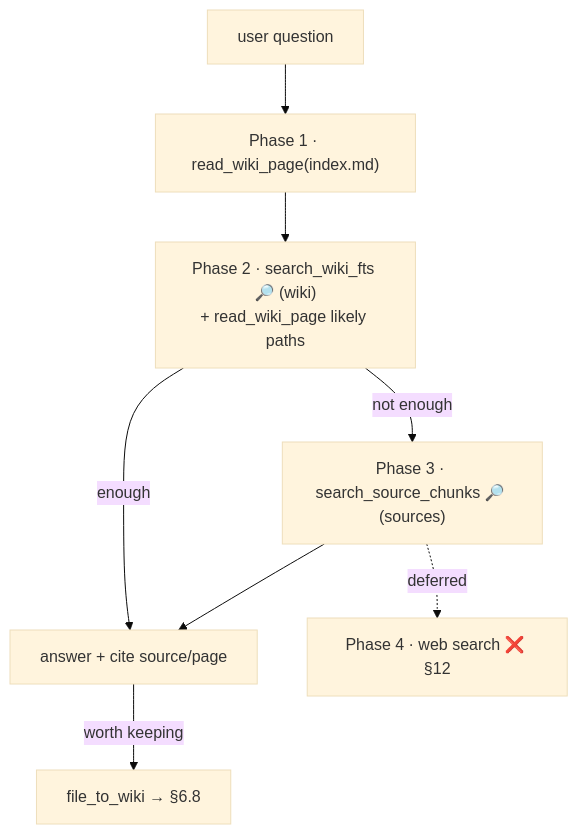
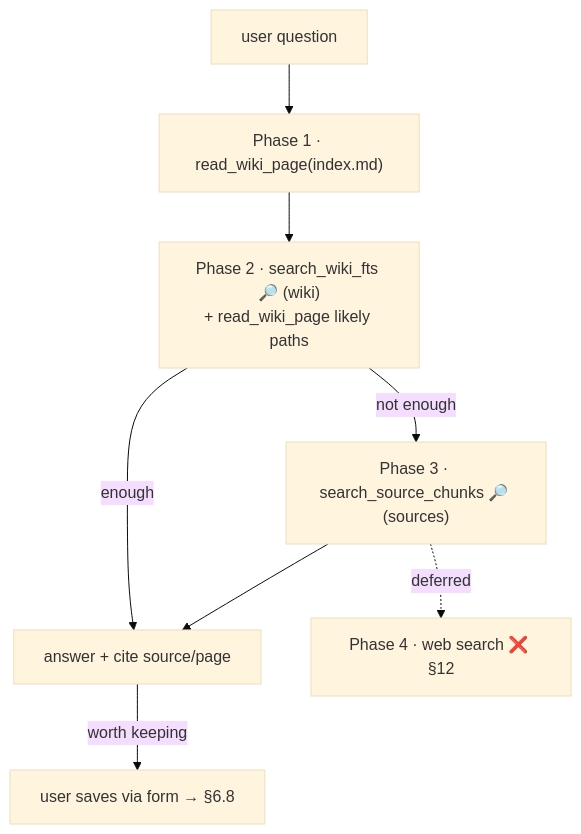
One commit to Clod/llmwiki-marimo changed the seventh of 10 diagrams in docs/manual/workflows.md. Above: the diagram before and after it, drawn with Mermaid (base theme). The commit also changed other lines of this file and 6 other files, not shown here.

````diff
--- a/docs/manual/workflows.md
+++ b/docs/manual/workflows.md
@@ -578,10 +578,10 @@
 ```mermaid
 flowchart TD
     Q["user question"] --> P1["Phase 1 · read_wiki_page(index.md)"]
     P1 --> P2["Phase 2 · search_wiki_fts 🔎 (wiki)<br/>+ read_wiki_page likely paths"]
     P2 -->|enough| ANS["answer + cite source/page"]
     P2 -->|not enough| P3["Phase 3 · search_source_chunks 🔎 (sources)"]
     P3 --> ANS
     P3 -. deferred .-> P4["Phase 4 · web search ❌ §12"]
-    ANS -->|worth keeping| CAP["file_to_wiki → §6.8"]
+    ANS -->|worth keeping| CAP["user saves via form → §6.8"]
 ```
````
